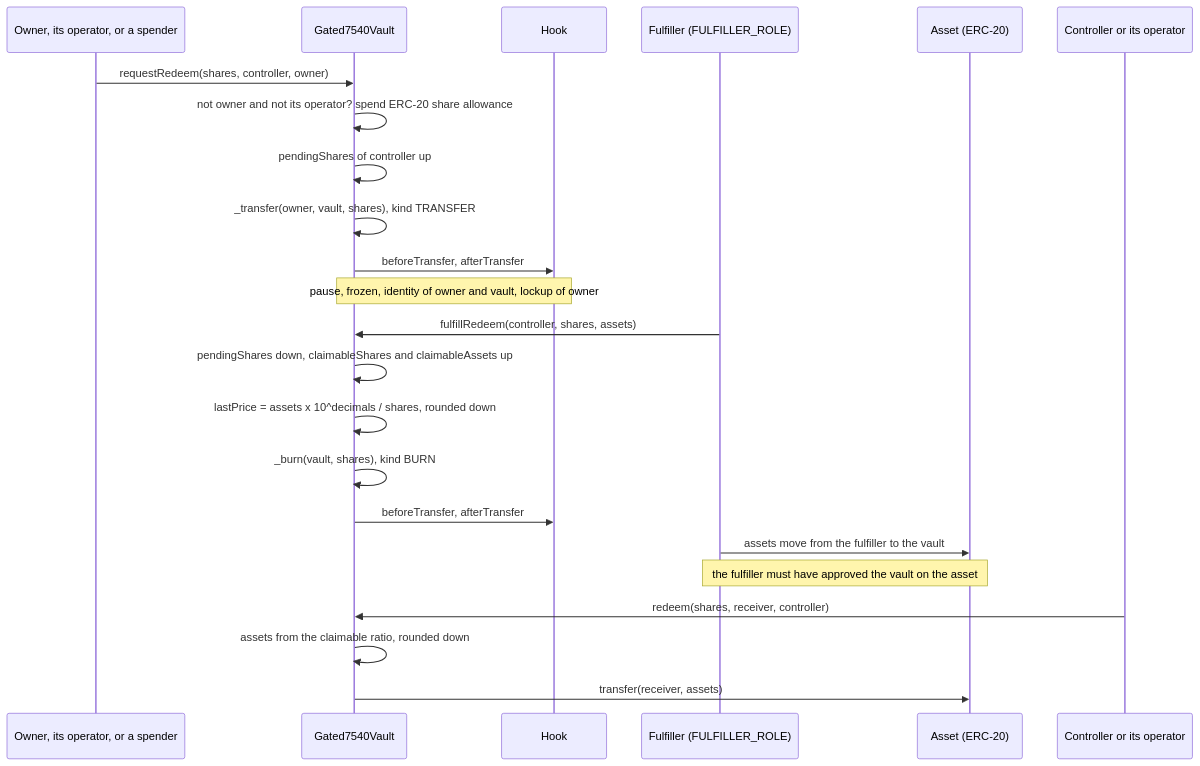
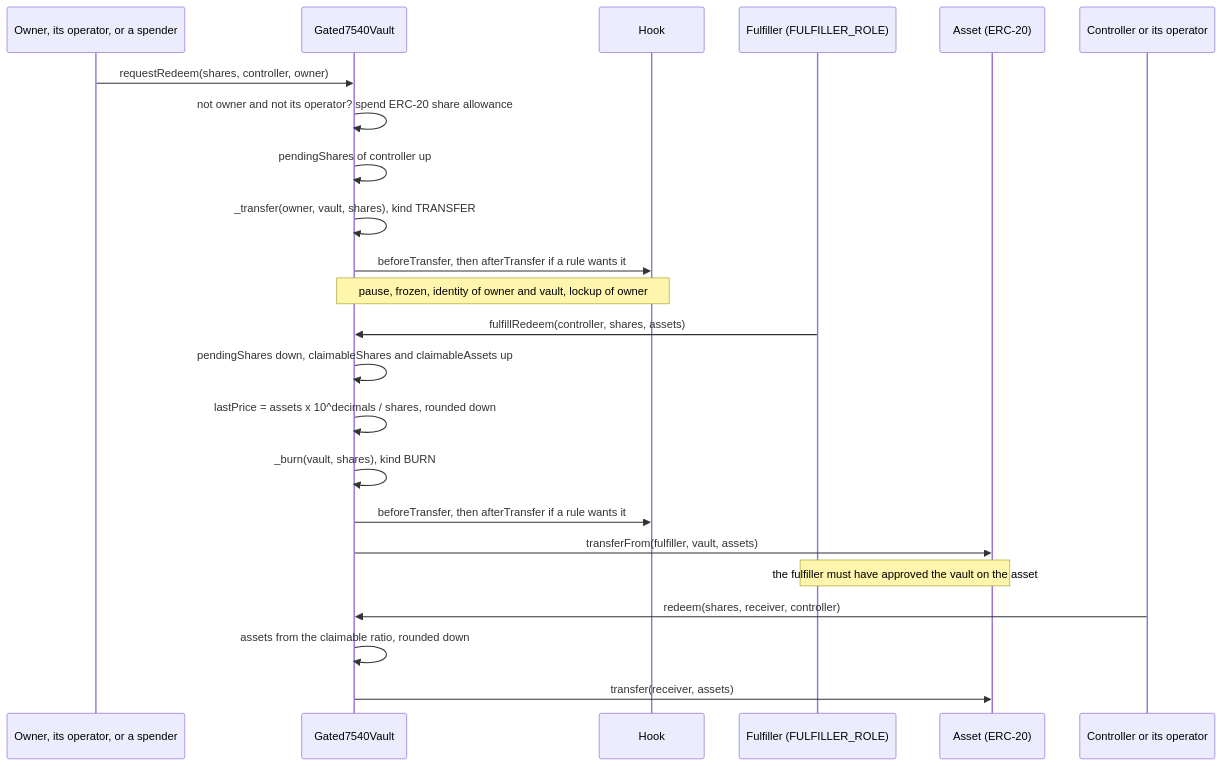
Before and after one commit to fepvenancio/rwa-token: the fourth of 6 diagrams in docs/flows-vaults.md, drawn with Mermaid. The commit also changed other lines of this file and 7 other files, not shown here.

````diff
--- a/docs/flows-vaults.md
+++ b/docs/flows-vaults.md
@@ -144,28 +144,28 @@
 ```mermaid
 sequenceDiagram
   participant O as Owner, its operator, or a spender
   participant V as Gated7540Vault
   participant H as Hook
   participant F as Fulfiller (FULFILLER_ROLE)
   participant A as Asset (ERC-20)
   participant K as Controller or its operator
 
   O->>V: requestRedeem(shares, controller, owner)
   V->>V: not owner and not its operator? spend ERC-20 share allowance
   V->>V: pendingShares of controller up
   V->>V: _transfer(owner, vault, shares), kind TRANSFER
-  V->>H: beforeTransfer, afterTransfer
+  V->>H: beforeTransfer, then afterTransfer if a rule wants it
   Note over V,H: pause, frozen, identity of owner and vault, lockup of owner
 
   F->>V: fulfillRedeem(controller, shares, assets)
   V->>V: pendingShares down, claimableShares and claimableAssets up
   V->>V: lastPrice = assets x 10^decimals / shares, rounded down
   V->>V: _burn(vault, shares), kind BURN
-  V->>H: beforeTransfer, afterTransfer
-  F->>A: assets move from the fulfiller to the vault
+  V->>H: beforeTransfer, then afterTransfer if a rule wants it
+  V->>A: transferFrom(fulfiller, vault, assets)
   Note over F,A: the fulfiller must have approved the vault on the asset
 
   K->>V: redeem(shares, receiver, controller)
   V->>V: assets from the claimable ratio, rounded down
   V->>A: transfer(receiver, assets)
 ```
````
